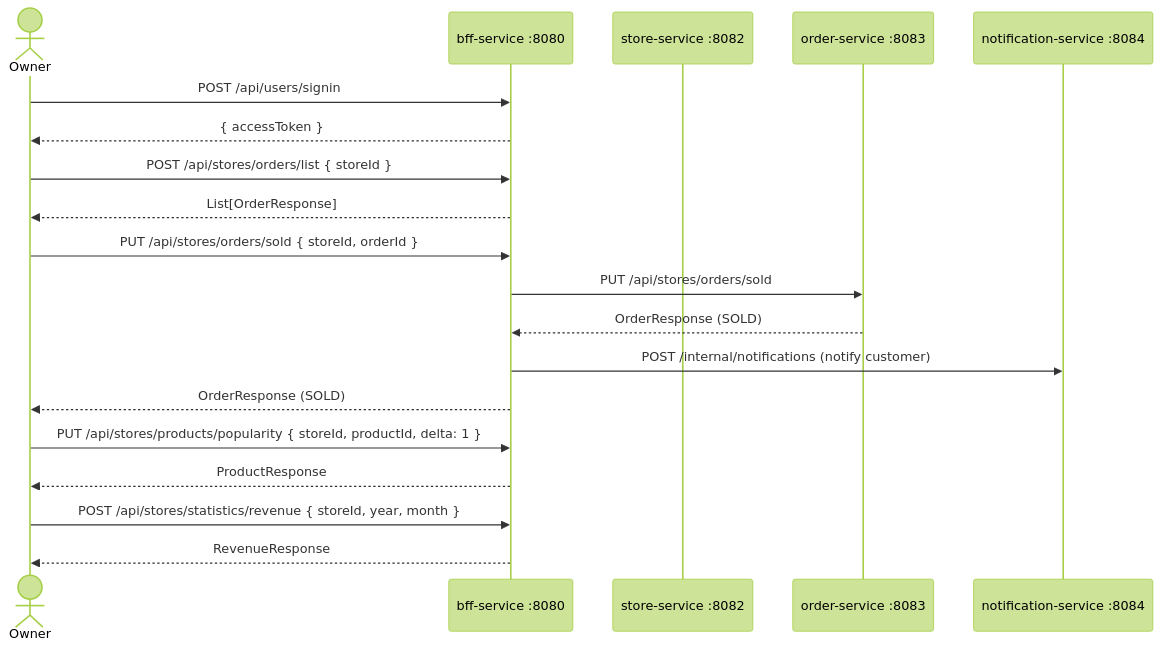
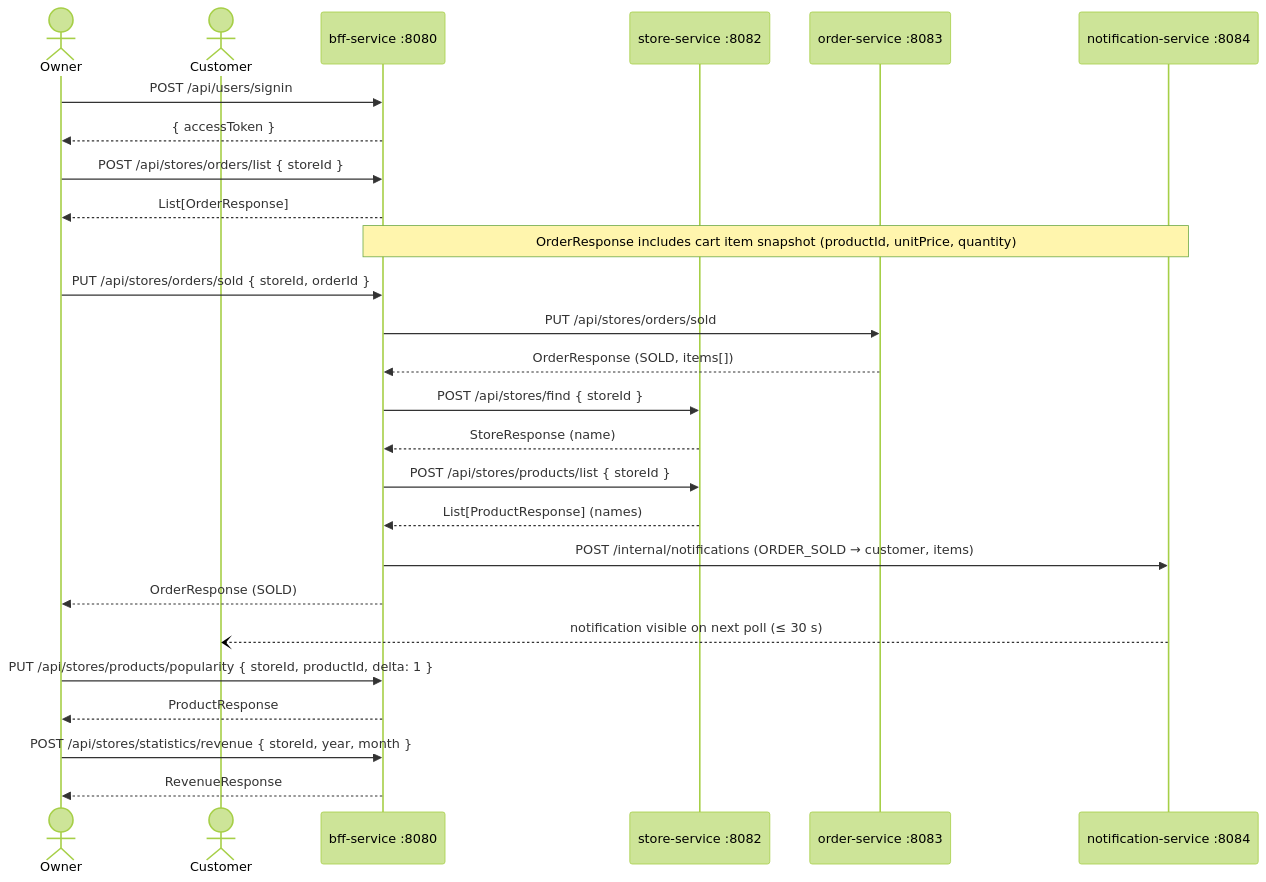
One commit to proLmpa/Deliprac changed the third of 6 diagrams in README.md. Above: the diagram before and after it, drawn with Mermaid (forest theme). The commit also changed other lines of this file and 7 other files, not shown here.

First line of the commit message:
Add item snapshots to ORDER_SOLD/ORDER_CANCELED notifications

````diff
--- a/README.md
+++ b/README.md
@@ -209,26 +218,33 @@
 ```mermaid
 sequenceDiagram
     actor Ow as Owner
+    actor Cu as Customer
     participant BFF as bff-service :8080
     participant SS as store-service :8082
     participant OS as order-service :8083
     participant NS as notification-service :8084
 
     Ow->>BFF: POST /api/users/signin
     BFF-->>Ow: { accessToken }
 
     Ow->>BFF: POST /api/stores/orders/list { storeId }
     BFF-->>Ow: List[OrderResponse]
 
+    Note over BFF,NS: OrderResponse includes cart item snapshot (productId, unitPrice, quantity)
     Ow->>BFF: PUT /api/stores/orders/sold { storeId, orderId }
     BFF->>OS: PUT /api/stores/orders/sold
-    OS-->>BFF: OrderResponse (SOLD)
-    BFF->>NS: POST /internal/notifications (notify customer)
+    OS-->>BFF: OrderResponse (SOLD, items[])
+    BFF->>SS: POST /api/stores/find { storeId }
+    SS-->>BFF: StoreResponse (name)
+    BFF->>SS: POST /api/stores/products/list { storeId }
+    SS-->>BFF: List[ProductResponse] (names)
+    BFF->>NS: POST /internal/notifications (ORDER_SOLD → customer, items)
     BFF-->>Ow: OrderResponse (SOLD)
+    NS--)Cu: notification visible on next poll (≤ 30 s)
 
     Ow->>BFF: PUT /api/stores/products/popularity { storeId, productId, delta: 1 }
     BFF-->>Ow: ProductResponse
 
     Ow->>BFF: POST /api/stores/statistics/revenue { storeId, year, month }
     BFF-->>Ow: RevenueResponse
 ```
````
